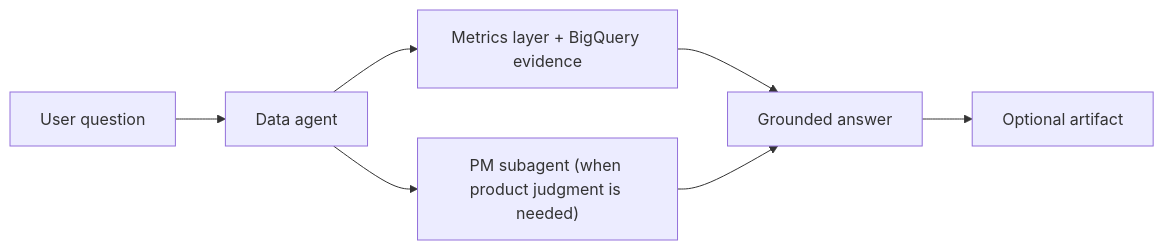
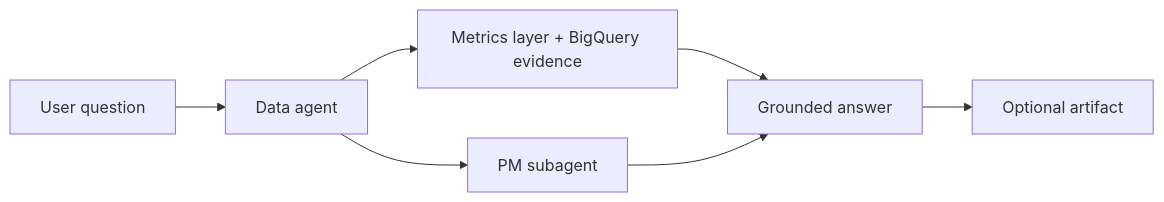
One commit to imsid/crew changed the first of 2 diagrams in docs/product.md. Above: the diagram before and after it, drawn with Mermaid. The commit also changed other lines of this file and 3 other files, not shown here.

````diff
--- a/docs/product.md
+++ b/docs/product.md
@@ -21,9 +50,9 @@
 ```mermaid
 flowchart LR
     U["User question"] --> D["Data agent"]
-    D --> M["Metrics layer + BigQuery evidence"]
-    D --> P["PM subagent (when product judgment is needed)"]
-    M --> O["Grounded answer"]
+    D --> ML["Metrics layer + BigQuery evidence"]
+    D --> P["PM subagent"]
+    ML --> O["Grounded answer"]
     P --> O
     O --> A["Optional artifact"]
 ```
````
